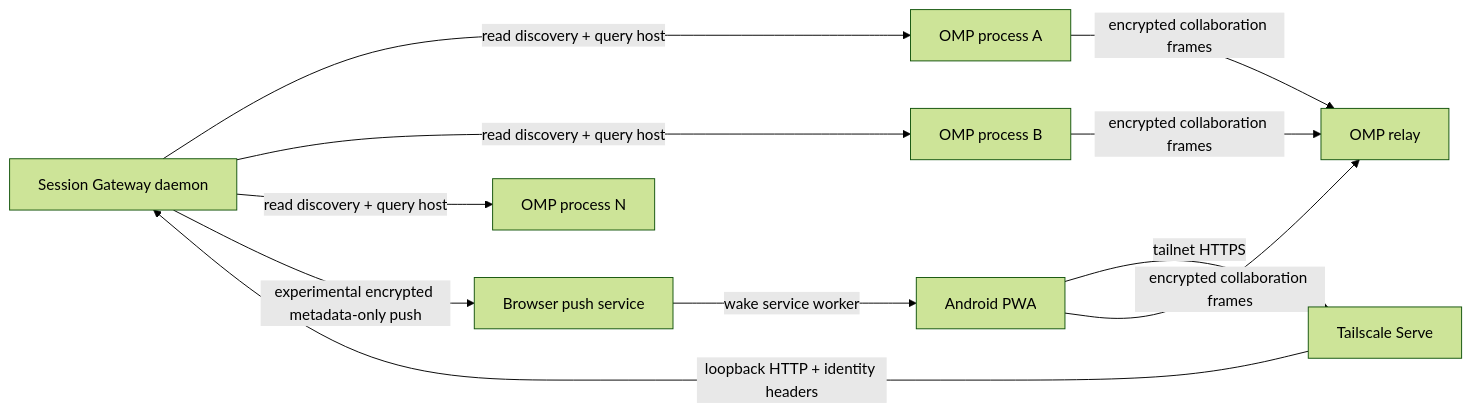
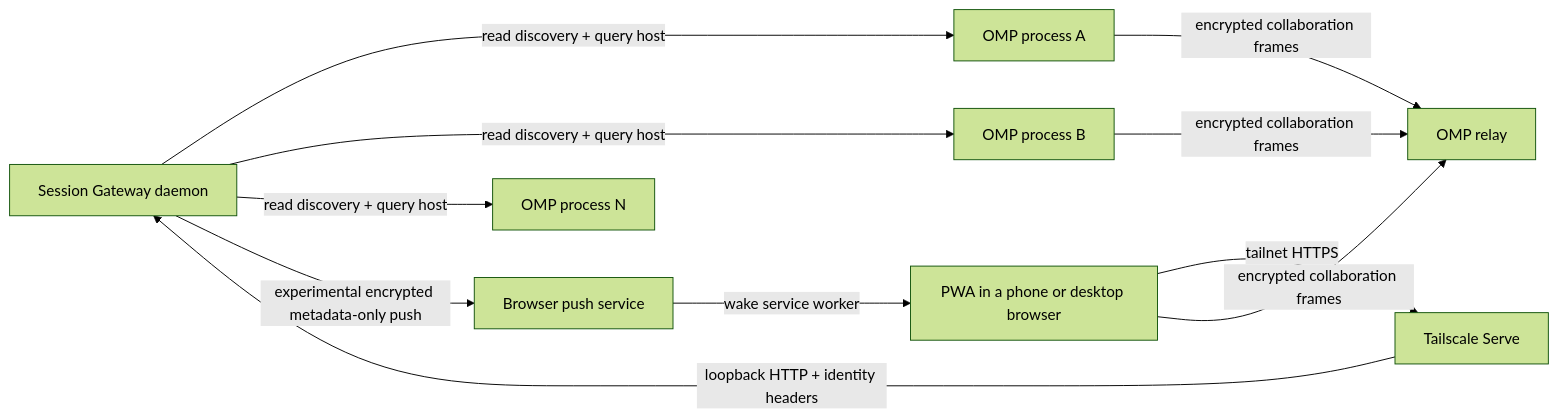
Before and after one commit to alphastorm/omp-session-gateway: the diagram in README.md, drawn with Mermaid (forest theme). The commit also changed other lines of this file and 21 other files, not shown here.

````diff
--- a/README.md
+++ b/README.md
@@ -306,15 +335,15 @@
 ```mermaid
 flowchart LR
     GATEWAY[Session Gateway daemon] -->|read discovery + query host| OMP1[OMP process A]
     GATEWAY -->|read discovery + query host| OMP2[OMP process B]
     GATEWAY -->|read discovery + query host| OMPN[OMP process N]
 
-    PHONE[Android PWA] -->|tailnet HTTPS| SERVE[Tailscale Serve]
+    PHONE[PWA in a phone or desktop browser] -->|tailnet HTTPS| SERVE[Tailscale Serve]
     SERVE -->|loopback HTTP + identity headers| GATEWAY
 
     PHONE -->|encrypted collaboration frames| RELAY[OMP relay]
     OMP1 -->|encrypted collaboration frames| RELAY
     OMP2 -->|encrypted collaboration frames| RELAY
     GATEWAY -->|experimental encrypted metadata-only push| PUSH[Browser push service]
     PUSH -->|wake service worker| PHONE
 ```
````
